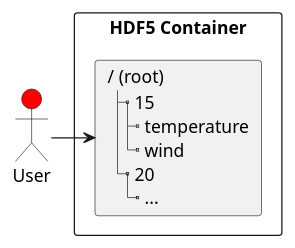
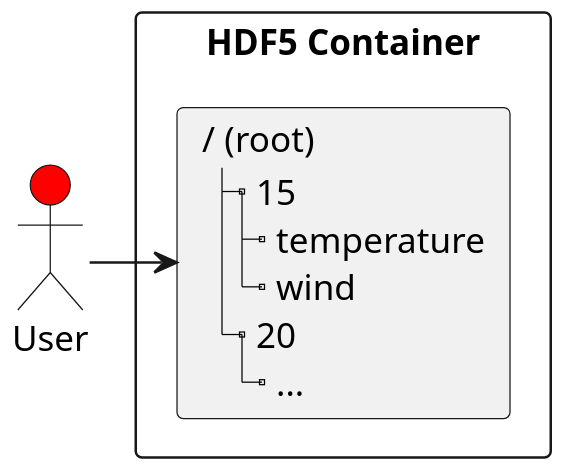
Before and after one commit to gheber/literate-hdf5: the fourth of 7 diagrams in hdf5-intro.org, drawn with PlantUML. The commit also changed other lines of this file and 4 other files, not shown here.

```diff
--- a/hdf5-intro.org
+++ b/hdf5-intro.org
@@ -300,15 +300,15 @@
 #+begin_src plantuml :hidden :file img/hello-hdf5.png :exports results
-scale 1
+scale 2
 actor User #red
 rectangle "HDF5 Container" {
 card B [
     / (root)
     |_ 15
       |_ temperature
       |_ wind
     |_ 20
       |_ ...
 ]
 }
 User -> B
   #+end_src
```
